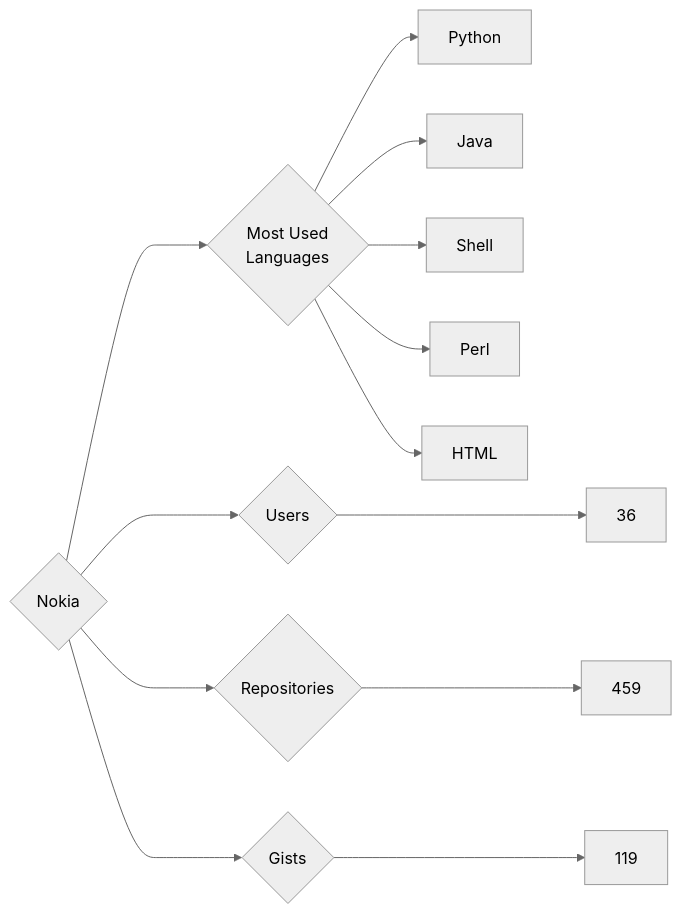
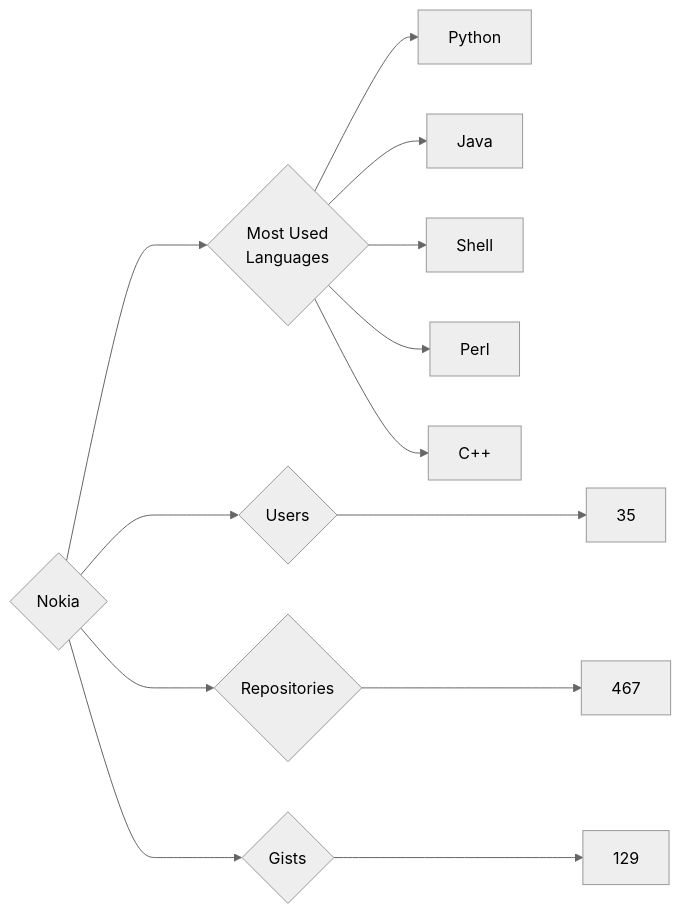
The diagram in targets/Nokia/README.md (trickest/insiders), drawn with Mermaid (neutral theme) before and after one commit. The commit also changed 940 other files, not shown here.

````diff
--- a/targets/Nokia/README.md
+++ b/targets/Nokia/README.md
@@ -3,13 +3,13 @@
 ```mermaid
 graph LR
 COMPANY_NAME{Nokia}
-COMPANY_NAME ---> U{Users} ---> UN[36]
-COMPANY_NAME ---> R{Repositories} ---> RN[459]
-COMPANY_NAME ---> G{Gists} ---> GN[119]
+COMPANY_NAME ---> U{Users} ---> UN[35]
+COMPANY_NAME ---> R{Repositories} ---> RN[467]
+COMPANY_NAME ---> G{Gists} ---> GN[129]
 COMPANY_NAME ---> ML{Most Used<br>Languages}
 ML --> Python[Python]
 ML --> Java[Java]
 ML --> Shell[Shell]
 ML --> Perl[Perl]
-ML --> HTML[HTML]
+ML --> C++[C++]
 ```
````
